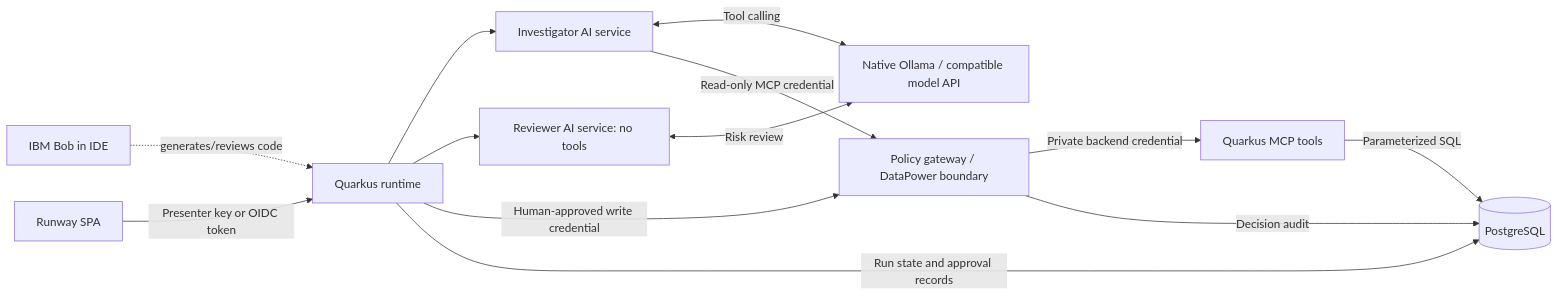
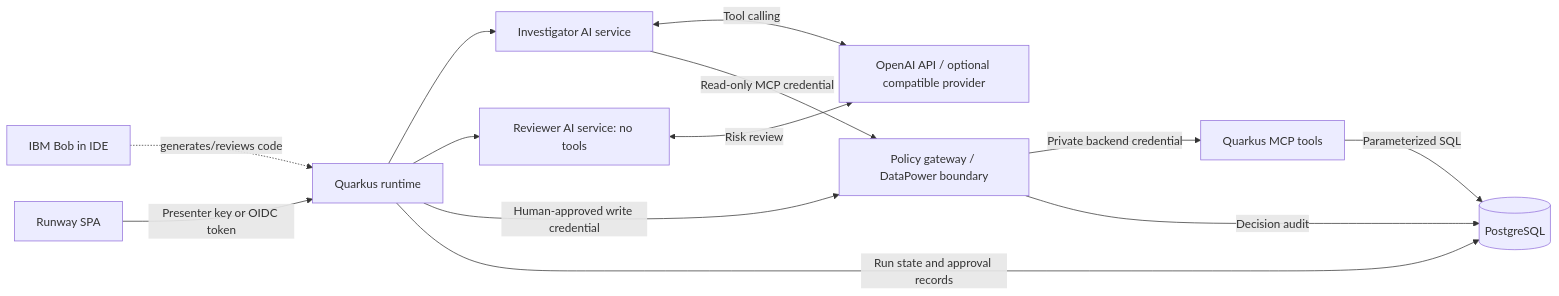
Before and after one commit to danieloh30/enterprise-ai-runway: the diagram in README.md, drawn with Mermaid. The commit also changed other lines of this file and 15 other files, not shown here.

````diff
--- a/README.md
+++ b/README.md
@@ -63,15 +62,15 @@
 ```mermaid
 flowchart LR
     Bob[IBM Bob in IDE] -. generates/reviews code .-> Runtime
     UI[Runway SPA] -->|Presenter key or OIDC token| Runtime[Quarkus runtime]
     Runtime --> Investigator[Investigator AI service]
-    Investigator <-->|Tool calling| LLM[Native Ollama / compatible model API]
+    Investigator <-->|Tool calling| LLM[OpenAI API / optional compatible provider]
     Investigator -->|Read-only MCP credential| Gateway[Policy gateway / DataPower boundary]
     Runtime --> Reviewer[Reviewer AI service: no tools]
     Reviewer <-->|Risk review| LLM
     Runtime -->|Human-approved write credential| Gateway
     Gateway -->|Private backend credential| Tools[Quarkus MCP tools]
     Tools -->|Parameterized SQL| DB[(PostgreSQL)]
     Runtime -->|Run state and approval records| DB
     Gateway -->|Decision audit| DB
 ```
````
